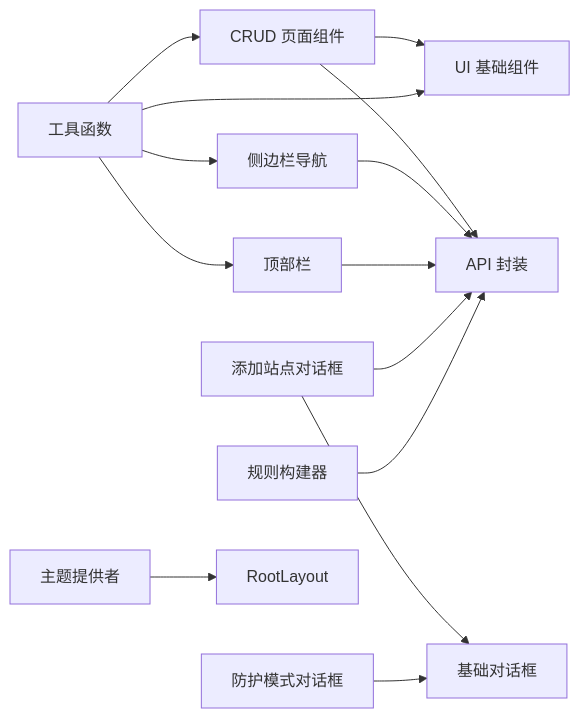
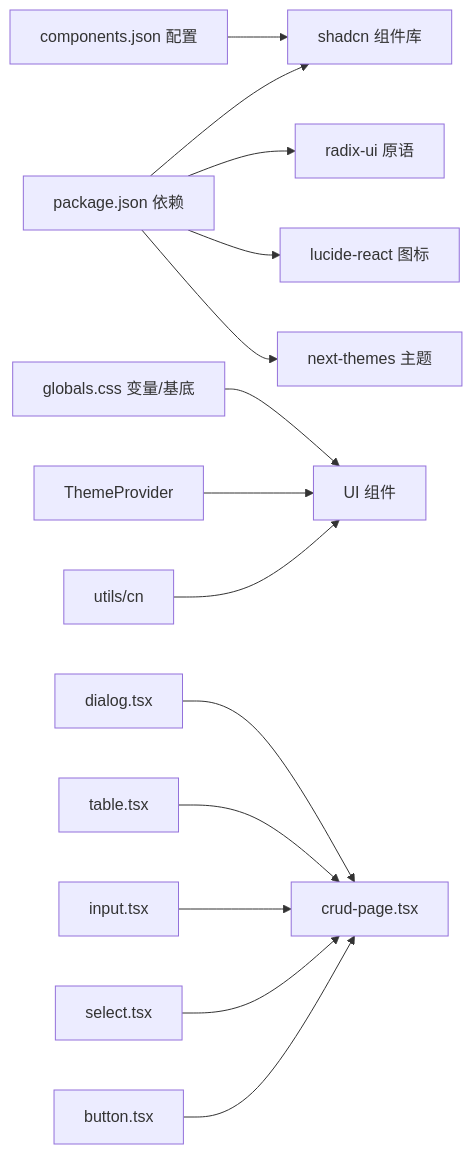
One commit to x01n/My-OpenWaf changed the ninth of 9 diagrams in docs/前端管理界面/组件设计模式/组件设计模式.md. Above: the diagram before and after it, drawn with Mermaid. The commit also changed other lines of this file and 199 other files, not shown here.

````diff
--- a/docs/前端管理界面/组件设计模式/组件设计模式.md
+++ b/docs/前端管理界面/组件设计模式/组件设计模式.md
@@ -336,16 +397,16 @@
 ```mermaid
 graph LR
-CRUD["CRUD 页面组件"] --> UI["UI 基础组件"]
-CRUD --> API["API 封装"]
-NAV["侧边栏导航"] --> API
-TOP["顶部栏"] --> API
-ASD["添加站点对话框"] --> DIALOG["基础对话框"]
-ASD --> API
-PMD["防护模式对话框"] --> DIALOG
-RB["规则构建器"] --> API
-THEME["主题提供者"] --> ROOT["RootLayout"]
-UTIL["工具函数"] --> UI
-UTIL --> CRUD
-UTIL --> NAV
-UTIL --> TOP
+PKG["package.json 依赖"] --> SHADCN["shadcn 组件库"]
+PKG --> RADIX["radix-ui 原语"]
+PKG --> LUCIDE["lucide-react 图标"]
+PKG --> NEXTTHEMES["next-themes 主题"]
+CFG["components.json 配置"] --> SHADCN
+CSS["globals.css 变量/基底"] --> UI["UI 组件"]
+THEME["ThemeProvider"] --> UI
+UTIL["utils/cn"] --> UI
+D["dialog.tsx"] --> CRUD["crud-page.tsx"]
+T["table.tsx"] --> CRUD
+IN["input.tsx"] --> CRUD
+SE["select.tsx"] --> CRUD
+BTN["button.tsx"] --> CRUD
 ```
````
